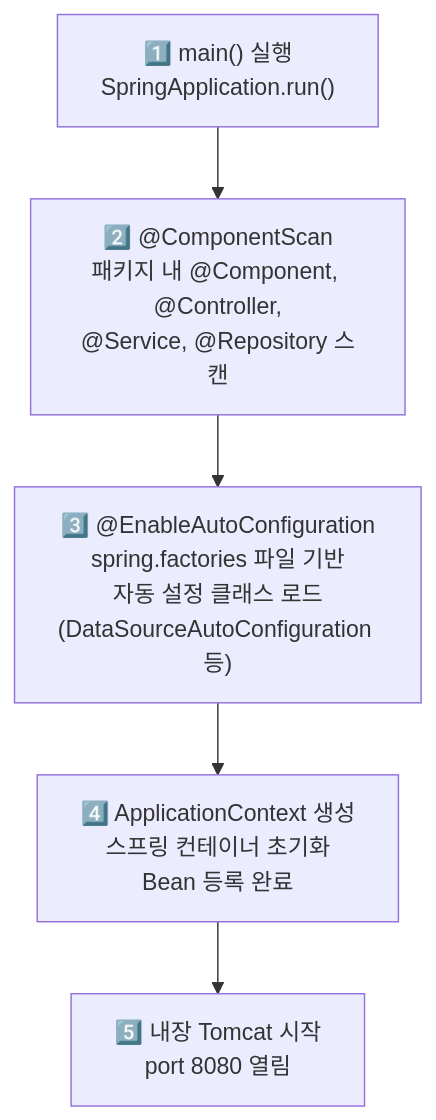
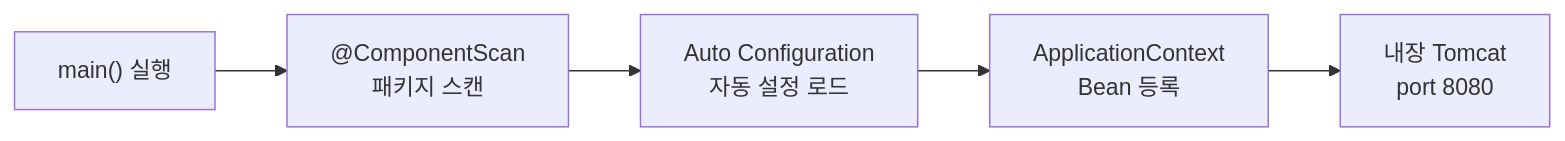
One commit to yjkim2015/yjkim2015.github.io changed the second of 2 diagrams in _posts/springboot/2021-04-27-springboot-프로젝트생성.md. Above: the diagram before and after it, drawn with Mermaid. The commit also changed other lines of this file and 245 other files, not shown here.

First line of the commit message:
Mermaid 다이어그램 전면 수정 + 면접 포인트 접기/펼치기 + DB 데드락 페이지

```diff
--- a/_posts/springboot/2021-04-27-springboot-프로젝트생성.md
+++ b/_posts/springboot/2021-04-27-springboot-프로젝트생성.md
@@ -185,10 +185,7 @@
 <div class="mermaid">
-graph TD
-    MAIN["1️⃣ main() 실행\nSpringApplication.run()"]
-    SCAN["2️⃣ @ComponentScan\n패키지 내 @Component, @Controller,\n@Service, @Repository 스캔"]
-    AUTO["3️⃣ @EnableAutoConfiguration\nspring.factories 파일 기반\n자동 설정 클래스 로드\n(DataSourceAutoConfiguration 등)"]
-    CTX["4️⃣ ApplicationContext 생성\n스프링 컨테이너 초기화\nBean 등록 완료"]
-    TOM["5️⃣ 내장 Tomcat 시작\nport 8080 열림"]
-
-    MAIN --> SCAN --> AUTO --> CTX --> TOM
+graph LR
+    MAIN["main() 실행"] --> SCAN["@ComponentScan\n패키지 스캔"]
+    SCAN --> AUTO["Auto Configuration\n자동 설정 로드"]
+    AUTO --> CTX["ApplicationContext\nBean 등록"]
+    CTX --> TOM["내장 Tomcat\nport 8080"]
 </div>
```
